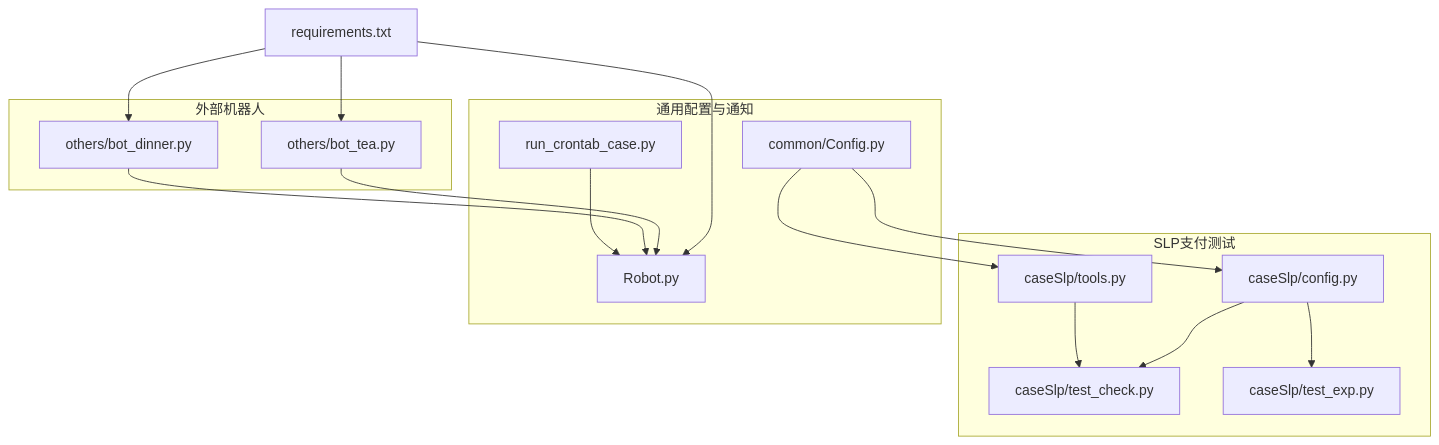
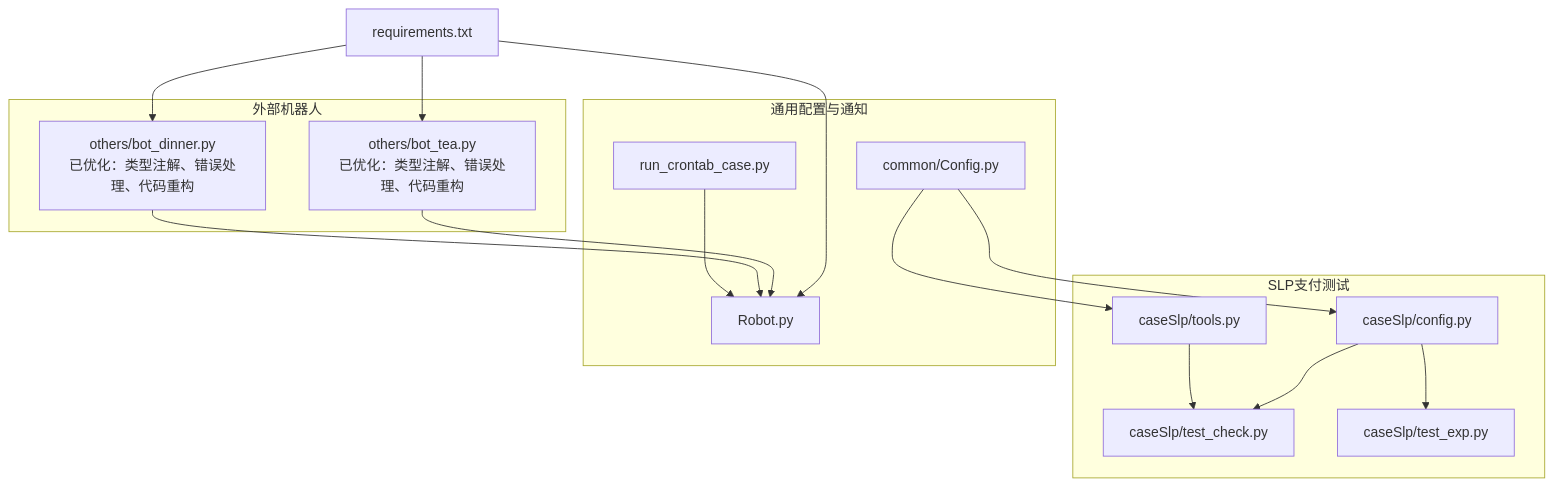
One commit to liximing1-ola/qa-payTest changed the first of 7 diagrams in .qoder/repowiki/zh/content/测试工具与脚本/辅助脚本工具.md. Above: the diagram before and after it, drawn with Mermaid. The commit also changed other lines of this file and 5 other files, not shown here.

````diff
--- a/.qoder/repowiki/zh/content/测试工具与脚本/辅助脚本工具.md
+++ b/.qoder/repowiki/zh/content/测试工具与脚本/辅助脚本工具.md
@@ -53,30 +53,30 @@
 ```mermaid
 graph TB
 subgraph "SLP支付测试"
 A["caseSlp/tools.py"]
 B["caseSlp/config.py"]
 C["caseSlp/test_check.py"]
 D["caseSlp/test_exp.py"]
 end
 subgraph "外部机器人"
-E["others/bot_dinner.py"]
-F["others/bot_tea.py"]
+E["others/bot_dinner.py<br/>已优化：类型注解、错误处理、代码重构"]
+F["others/bot_tea.py<br/>已优化：类型注解、错误处理、代码重构"]
 end
 subgraph "通用配置与通知"
 G["common/Config.py"]
 H["run_crontab_case.py"]
 I["Robot.py"]
 end
 J["requirements.txt"]
 A --> C
 B --> C
 B --> D
 G --> A
 G --> B
 H --> I
 E --> I
 F --> I
 J --> E
 J --> F
 J --> I
 ```
````
